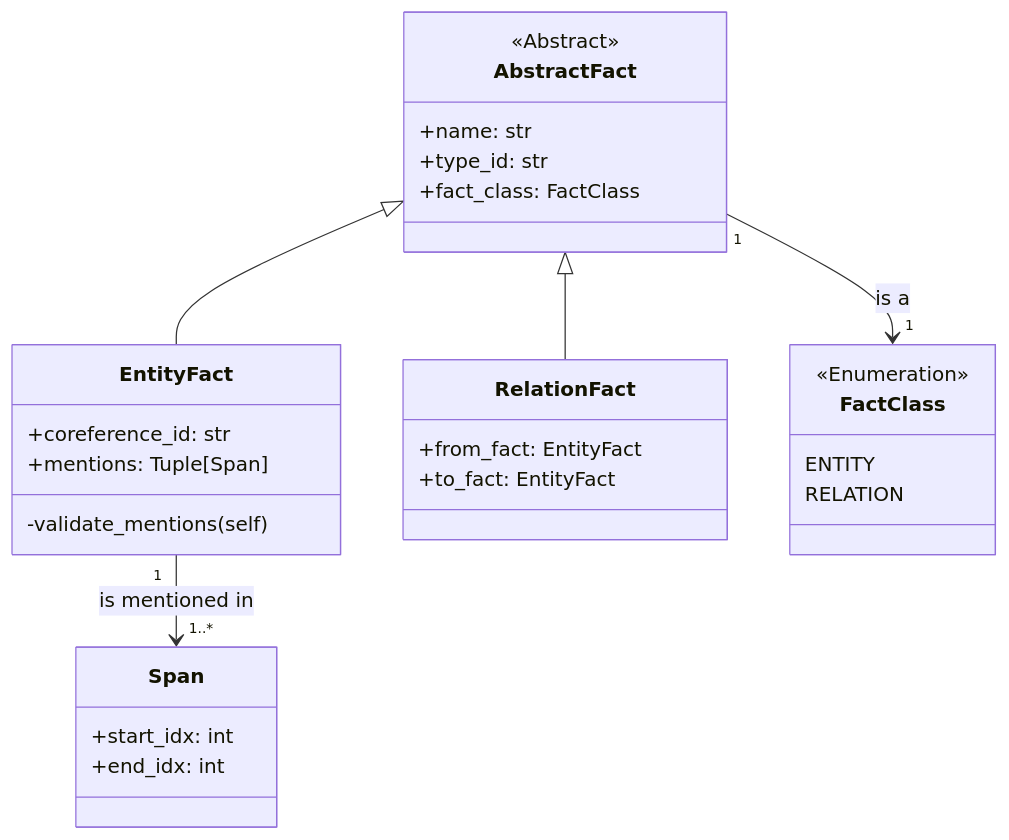
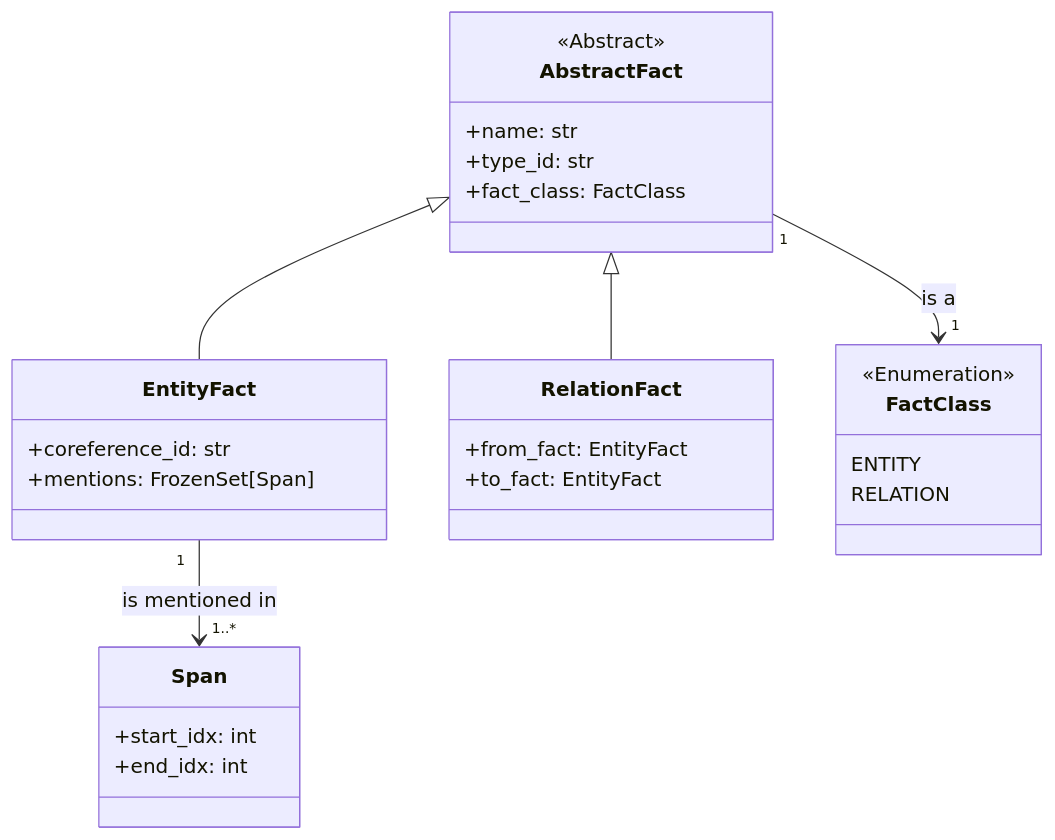
Before and after one commit to phos-phophy/creed: the second of 4 diagrams in README.md, drawn with Mermaid. The commit also changed other lines of this file, not shown here.

````diff
--- a/README.md
+++ b/README.md
@@ -73,38 +73,37 @@
 ```mermaid
 classDiagram
 direction TB
 
    AbstractFact <|-- EntityFact
    AbstractFact <|-- RelationFact
    EntityFact "1" --> "1..*" Span : is mentioned in
    AbstractFact "1" --> "1" FactClass : is a
    
    class Span:::rect{
       +start_idx: int
       +end_idx: int
    }
    
    class FactClass{
       <<Enumeration>>
       ENTITY
       RELATION
    }
 
    class AbstractFact{
       <<Abstract>> 
       +name: str
       +type_id: str
       +fact_class: FactClass
    }
    
    class EntityFact{
       +coreference_id: str
-      +mentions: Tuple[Span]
-      -validate_mentions(self)
+      +mentions: FrozenSet[Span]
    }
    
    class RelationFact{
       +from_fact: EntityFact
       +to_fact: EntityFact
    }
 ```
````
